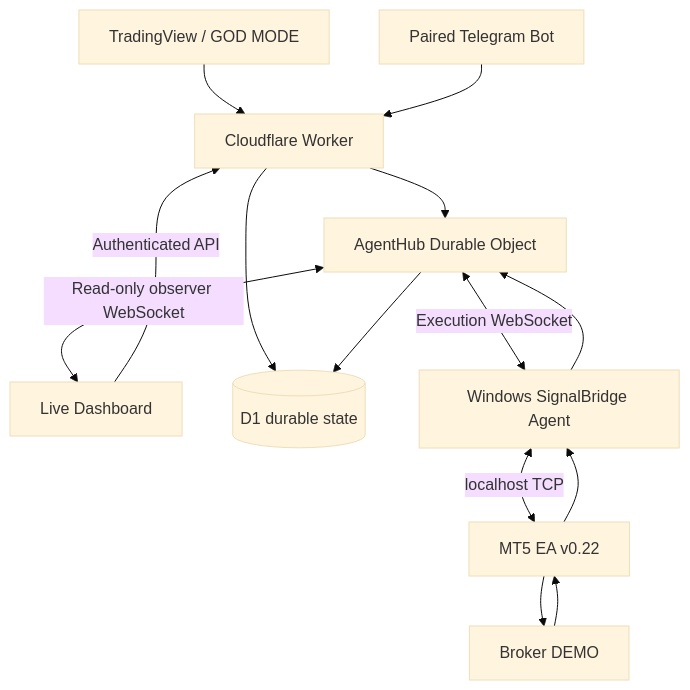
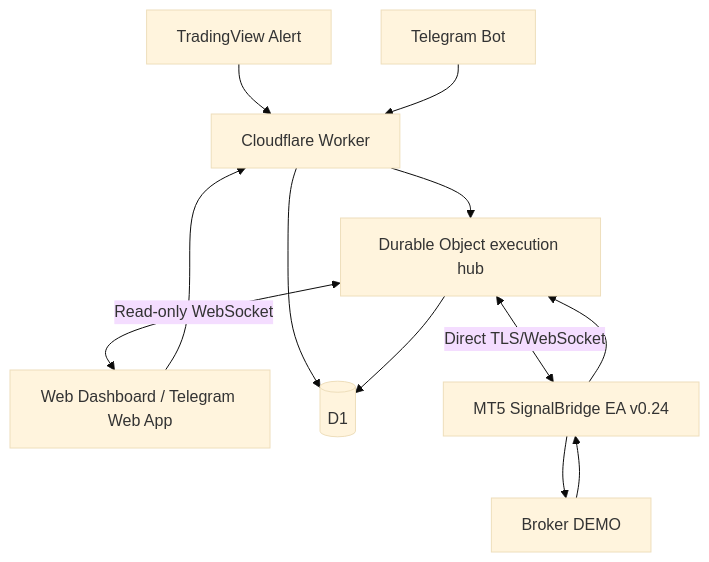
The diagram in docs/ARCHITECTURE.md (drfxai/Signal-Bridge), drawn with Mermaid (base theme) before and after one commit. The commit also changed other lines of this file, not shown here.

Commit message:
docs: define V3 direct-EA architecture

````diff
--- a/docs/ARCHITECTURE.md
+++ b/docs/ARCHITECTURE.md
@@ -19,16 +25,14 @@
 ```mermaid
 flowchart TD
-    TV[TradingView / GOD MODE] --> W[Cloudflare Worker]
-    TG[Paired Telegram Bot] --> W
-    DASH[Live Dashboard] -->|Authenticated API| W
-    W --> DB[(D1 durable state)]
-    W --> HUB[AgentHub Durable Object]
-    HUB <-->|Execution WebSocket| AG[Windows SignalBridge Agent]
-    HUB <-->|Read-only observer WebSocket| DASH
-    AG <-->|localhost TCP| EA[MT5 EA v0.22]
-    EA --> BROKER[Broker DEMO]
-    BROKER --> EA
-    EA --> AG
-    AG --> HUB
-    HUB --> DB
+ TV[TradingView Alert] --> W[Cloudflare Worker]
+ TG[Telegram Bot] --> W
+ DASH[Web Dashboard / Telegram Web App] --> W
+ W --> DB[(D1)]
+ W --> HUB[Durable Object execution hub]
+ HUB <-->|Direct TLS/WebSocket| EA[MT5 SignalBridge EA v0.24]
+ HUB <-->|Read-only WebSocket| DASH
+ EA --> BROKER[Broker DEMO]
+ BROKER --> EA
+ EA --> HUB
+ HUB --> DB
 ```
````
